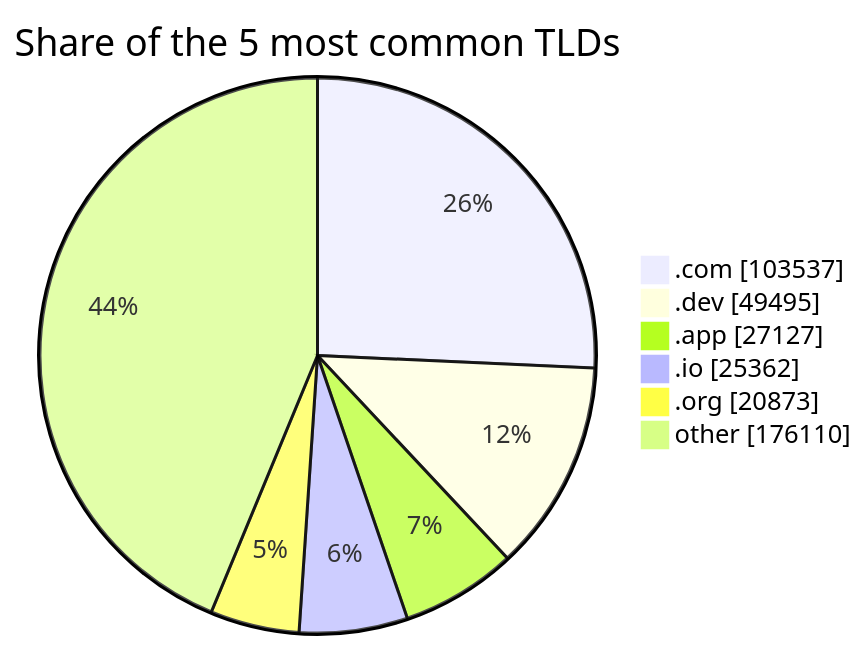
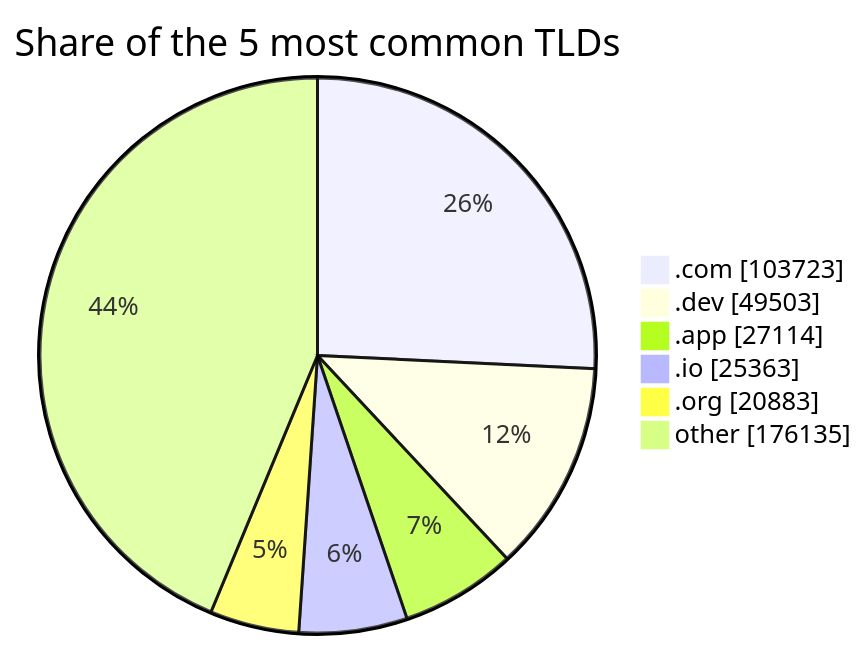
The third of 3 diagrams in README.md (DNSBunker/CTI), drawn with Mermaid before and after one commit. The commit also changed other lines of this file and 3 other files, not shown here.

````diff
--- a/README.md
+++ b/README.md
@@ -81,9 +81,9 @@
 ```mermaid
 pie showData title Share of the 5 most common TLDs
-    ".com" : 103537
-    ".dev" : 49495
-    ".app" : 27127
-    ".io" : 25362
-    ".org" : 20873
-    "other" : 176110
+    ".com" : 103723
+    ".dev" : 49503
+    ".app" : 27114
+    ".io" : 25363
+    ".org" : 20883
+    "other" : 176135
 ```
````
